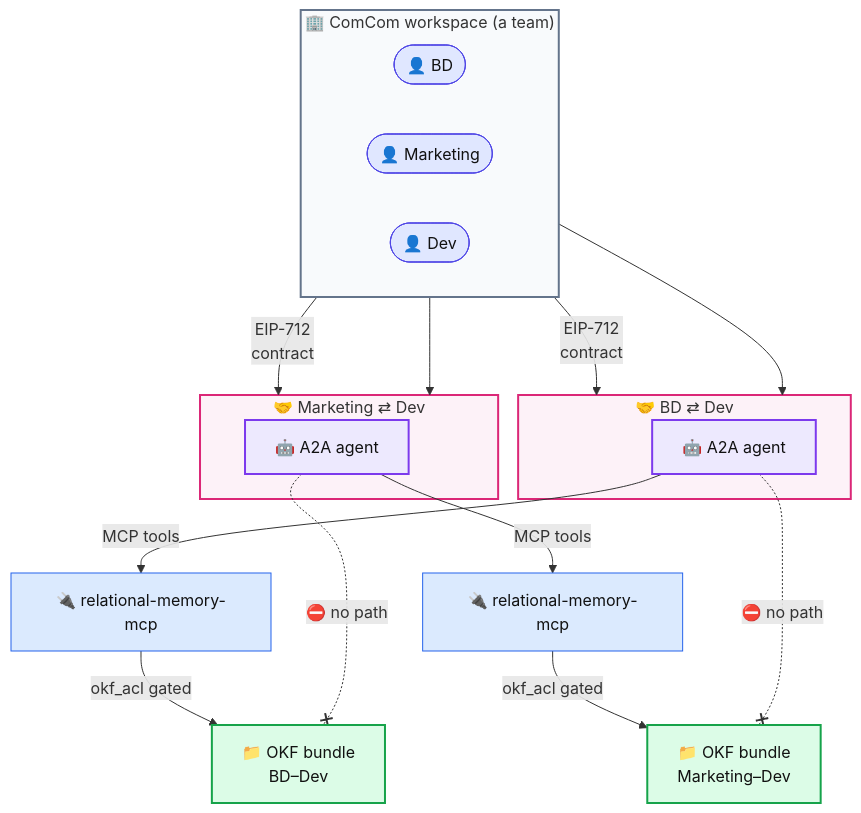
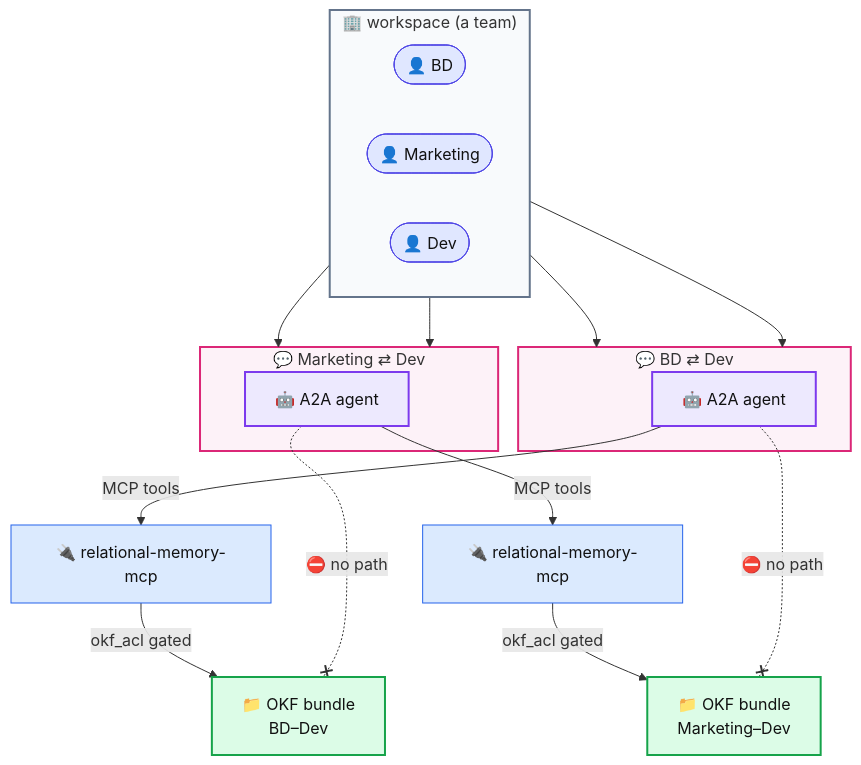
Before and after one commit to ainetwork-ai/relational-agents: the diagram in README.md, drawn with Mermaid. The commit also changed other lines of this file, not shown here.

````diff
--- a/README.md
+++ b/README.md
@@ -80,40 +60,40 @@
 ```mermaid
 flowchart TB
-    subgraph WS["🏢 ComCom workspace (a team)"]
+    subgraph WS["🏢 workspace (a team)"]
         direction LR
         BD(["👤 BD"])
         MK(["👤 Marketing"])
         DV(["👤 Dev"])
     end
 
-    subgraph REL1["🤝 BD ⇄ Dev"]
+    subgraph REL1["💬 BD ⇄ Dev"]
         A1["🤖 A2A agent"]
     end
-    subgraph REL2["🤝 Marketing ⇄ Dev"]
+    subgraph REL2["💬 Marketing ⇄ Dev"]
         A2["🤖 A2A agent"]
     end
 
-    BD -->|"EIP-712<br/>contract"| REL1
+    BD --> REL1
     DV --> REL1
-    MK -->|"EIP-712<br/>contract"| REL2
+    MK --> REL2
     DV --> REL2
 
     A1 -->|"MCP tools"| M1["🔌 relational-memory-mcp"] -->|"okf_acl gated"| O1["📁 OKF bundle<br/>BD–Dev"]
     A2 -->|"MCP tools"| M2["🔌 relational-memory-mcp"] -->|"okf_acl gated"| O2["📁 OKF bundle<br/>Marketing–Dev"]
 
     A1 -. "⛔ no path" .-x O2
     A2 -. "⛔ no path" .-x O1
 
     style WS fill:#f8fafc,stroke:#64748b,stroke-width:2px
     style BD fill:#e0e7ff,stroke:#4f46e5,color:#111
     style MK fill:#e0e7ff,stroke:#4f46e5,color:#111
     style DV fill:#e0e7ff,stroke:#4f46e5,color:#111
     style REL1 fill:#fdf2f8,stroke:#db2777,stroke-width:2px
     style REL2 fill:#fdf2f8,stroke:#db2777,stroke-width:2px
     style A1 fill:#ede9fe,stroke:#7c3aed,stroke-width:2px,color:#111
     style A2 fill:#ede9fe,stroke:#7c3aed,stroke-width:2px,color:#111
     style M1 fill:#dbeafe,stroke:#2563eb,color:#111
     style M2 fill:#dbeafe,stroke:#2563eb,color:#111
     style O1 fill:#dcfce7,stroke:#16a34a,stroke-width:2px,color:#111
     style O2 fill:#dcfce7,stroke:#16a34a,stroke-width:2px,color:#111
 ```
````
